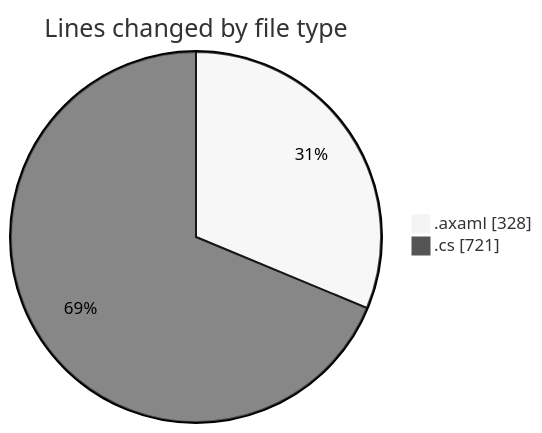
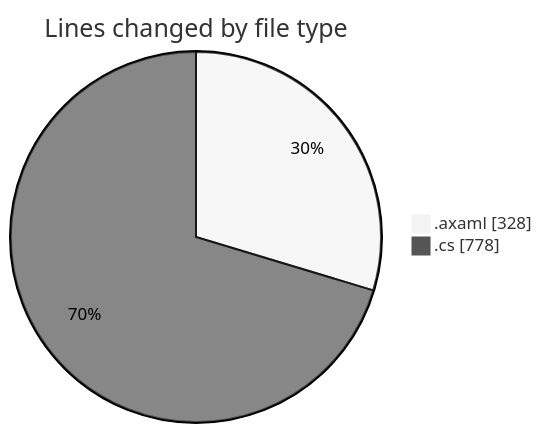
One commit to Netris89/code-tracking changed the first of 2 diagrams in 2025-11-01/skintrack/README.md. Above: the diagram before and after it, drawn with Mermaid (neutral theme). The commit also changed other lines of this file and 1 other file, not shown here.

````diff
--- a/2025-11-01/skintrack/README.md
+++ b/2025-11-01/skintrack/README.md
@@ -26,6 +26,6 @@
 ```mermaid
 pie showData
 title Lines changed by file type
 ".axaml" : 328
-".cs" : 721
+".cs" : 778
 ```
````
